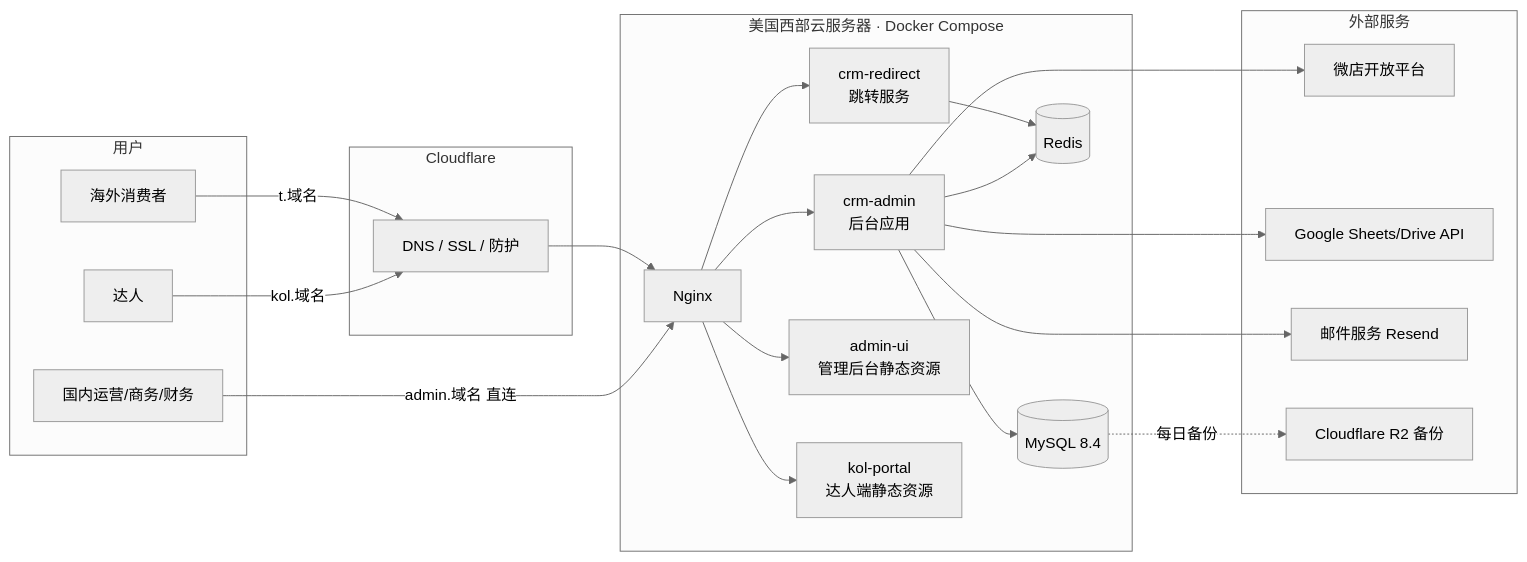
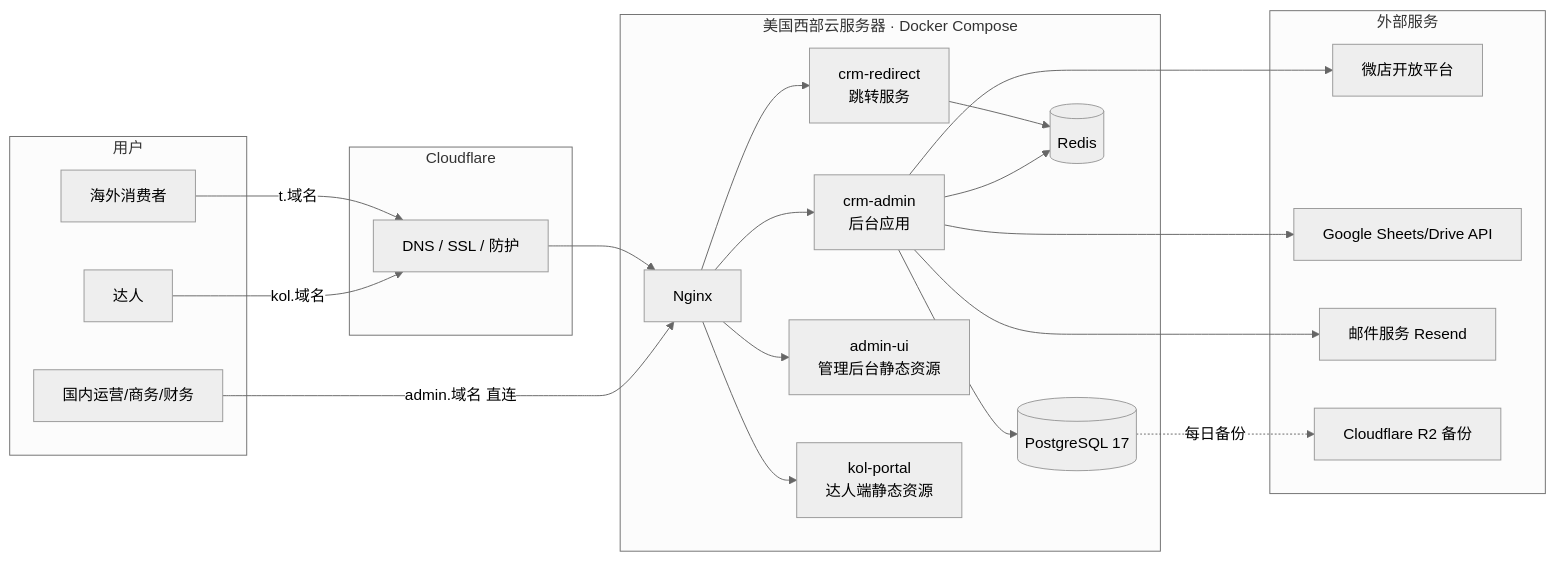
One commit to ksws00684315/t-crm changed the first of 6 diagrams in docs/03-设计/系统详细设计说明书.md. Above: the diagram before and after it, drawn with Mermaid (neutral theme). The commit also changed other lines of this file and 9 other files, not shown here.

First line of the commit message:
docs: switch database to PostgreSQL and refine dependency rules

````diff
--- a/docs/03-设计/系统详细设计说明书.md
+++ b/docs/03-设计/系统详细设计说明书.md
@@ -87,39 +87,39 @@
 ```mermaid
 flowchart LR
   subgraph 用户
     C[海外消费者]
     K[达人]
     O[国内运营/商务/财务]
   end
   subgraph Cloudflare
     CF[DNS / SSL / 防护]
   end
   subgraph 美国西部服务器[美国西部云服务器 · Docker Compose]
     NG[Nginx]
     RD[crm-redirect<br/>跳转服务]
     APP[crm-admin<br/>后台应用]
     FE1[admin-ui<br/>管理后台静态资源]
     FE2[kol-portal<br/>达人端静态资源]
-    MY[(MySQL 8.4)]
+    MY[(PostgreSQL 17)]
     RS[(Redis)]
   end
   subgraph 外部服务
     WD[微店开放平台]
     GG[Google Sheets/Drive API]
     EM[邮件服务 Resend]
     R2[Cloudflare R2 备份]
   end
   C -->|t.域名| CF --> NG --> RD
   K -->|kol.域名| CF
   O -->|admin.域名 直连| NG
   NG --> APP
   NG --> FE1
   NG --> FE2
   RD --> RS
   APP --> MY
   APP --> RS
   APP --> WD
   APP --> GG
   APP --> EM
   MY -.每日备份.-> R2
 ```
````
